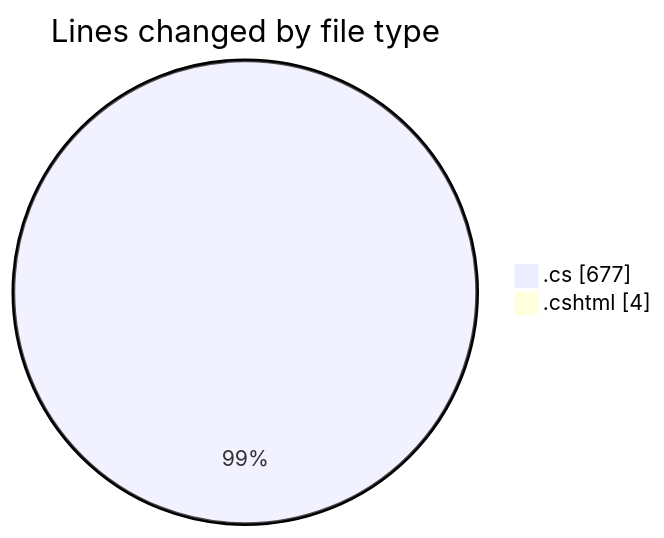
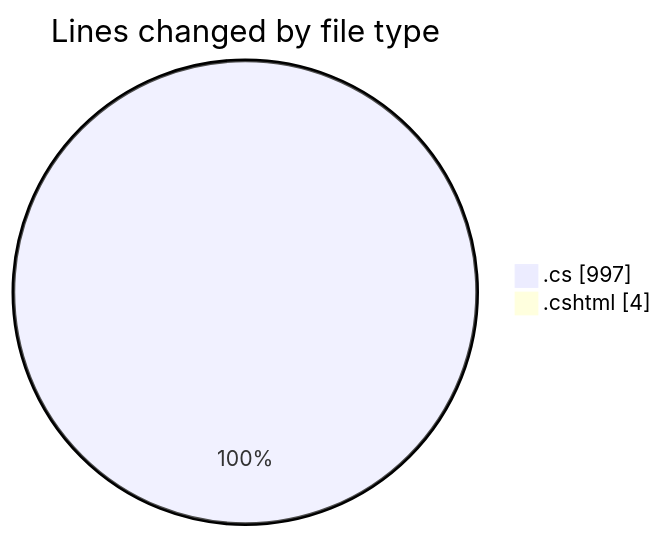
One commit to lephambinh05/code-tracking changed the first of 2 diagrams in 2025-07-15/nhahang/README.md. Above: the diagram before and after it, drawn with Mermaid. The commit also changed other lines of this file and 1 other file, not shown here.

````diff
--- a/2025-07-15/nhahang/README.md
+++ b/2025-07-15/nhahang/README.md
@@ -41,6 +51,6 @@
 ```mermaid
 pie showData
 title Lines changed by file type
-".cs" : 677
+".cs" : 997
 ".cshtml" : 4
 ```
````
